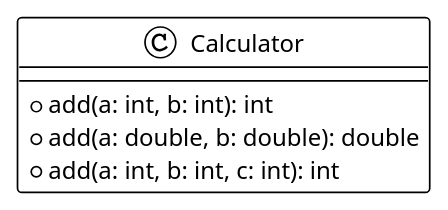
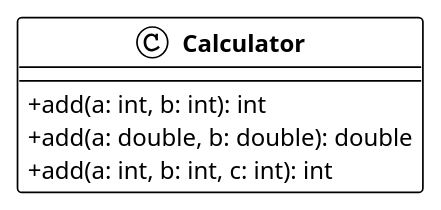
The diagram in 01-contenus-du-cours/05-programmation-orientee-objet-encapsulation-et-heritage/images/calculator-overload.puml (heig-vd-progim-course/heig-vd-progim2-course), drawn with PlantUML before and after one commit. The commit also changed 89 other files, not shown here.

Commit message:
Enhance UML diagrams for vehicles without inheritance

```diff
--- a/01-contenus-du-cours/05-programmation-orientee-objet-encapsulation-et-heritage/images/calculator-overload.puml
+++ b/01-contenus-du-cours/05-programmation-orientee-objet-encapsulation-et-heritage/images/calculator-overload.puml
@@ -1,10 +1,15 @@
-@startuml
+@startuml calculator-overload
 !theme plain
+
+skinparam classAttributeIconSize 0
+skinparam classFontStyle bold
 
 class Calculator {
   + add(a: int, b: int): int
   + add(a: double, b: double): double
   + add(a: int, b: int, c: int): int
 }
 
+
+
 @enduml
```
